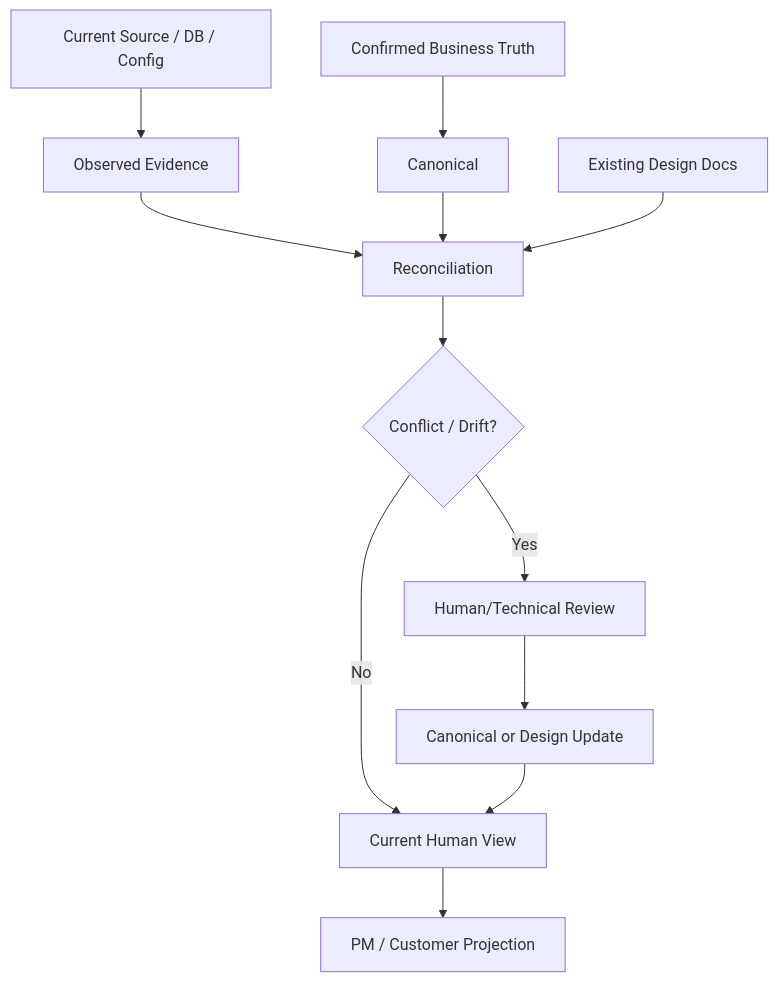
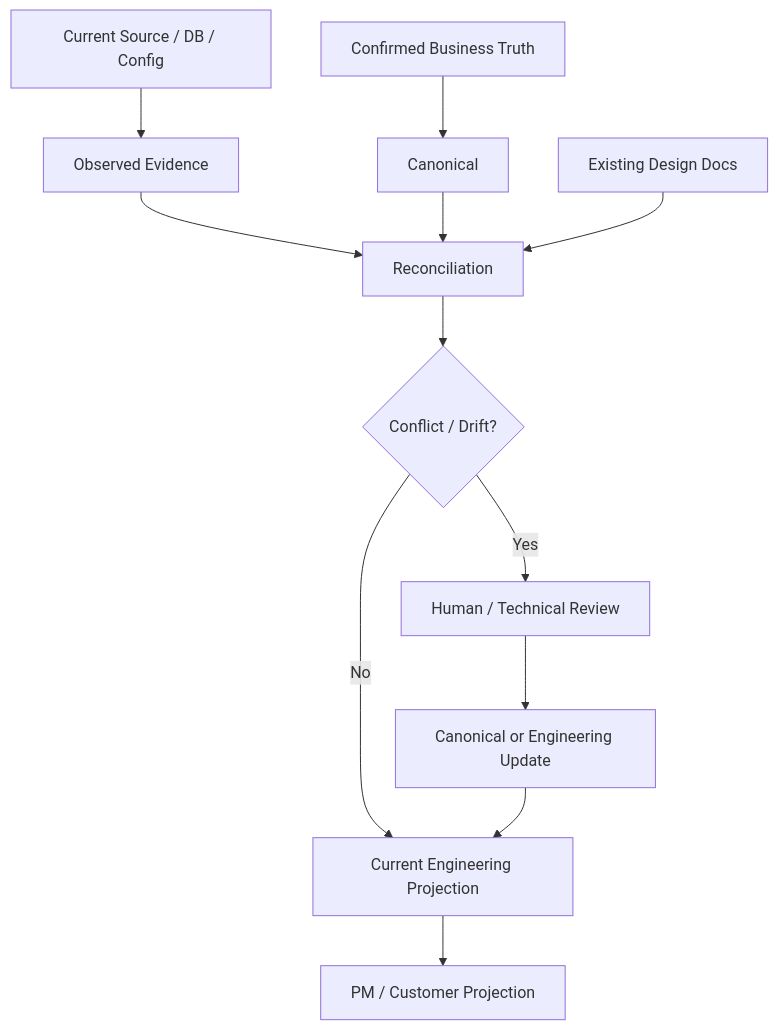
One commit to Seunghyun0606/SDLC_DDD_SDD changed the diagram in docs/00_시작/07_BROWNFIELD_SSOT_현행화가이드.md. Above: the diagram before and after it, drawn with Mermaid. The commit also changed other lines of this file, not shown here.

Commit message:
docs: align brownfield guide with projection and extension boundaries

````diff
--- a/docs/00_시작/07_BROWNFIELD_SSOT_현행화가이드.md
+++ b/docs/00_시작/07_BROWNFIELD_SSOT_현행화가이드.md
@@ -16,14 +16,14 @@
 ```mermaid
 flowchart TD
     B["Confirmed Business Truth"] --> C["Canonical"]
     S["Current Source / DB / Config"] --> E["Observed Evidence"]
     E --> R["Reconciliation"]
     C --> R
     D["Existing Design Docs"] --> R
     R --> Q{"Conflict / Drift?"}
-    Q -- "No" --> V["Current Human View"]
-    Q -- "Yes" --> H["Human/Technical Review"]
-    H --> U["Canonical or Design Update"]
+    Q -- "No" --> V["Current Engineering Projection"]
+    Q -- "Yes" --> H["Human / Technical Review"]
+    H --> U["Canonical or Engineering Update"]
     U --> V
     V --> P["PM / Customer Projection"]
 ```
````
